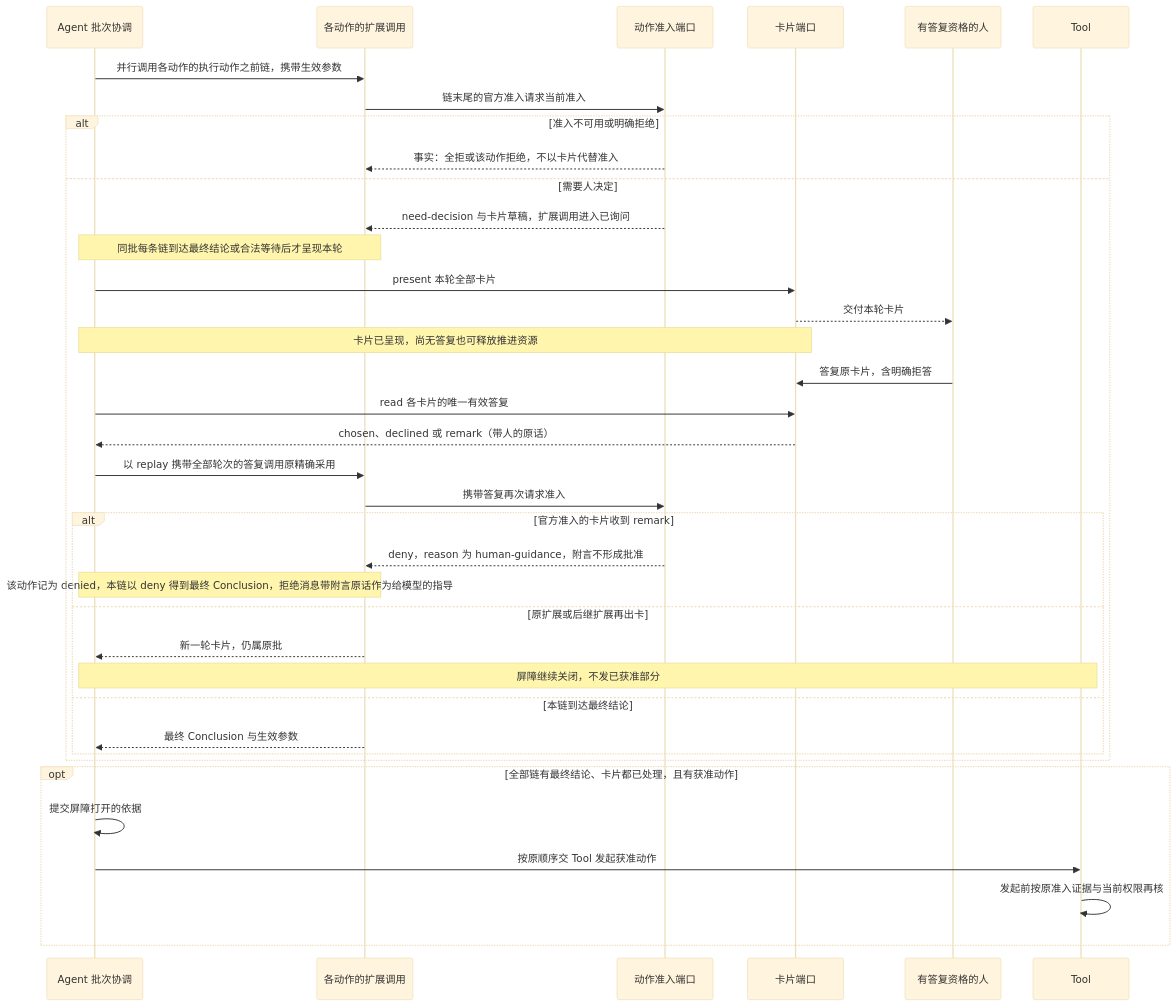
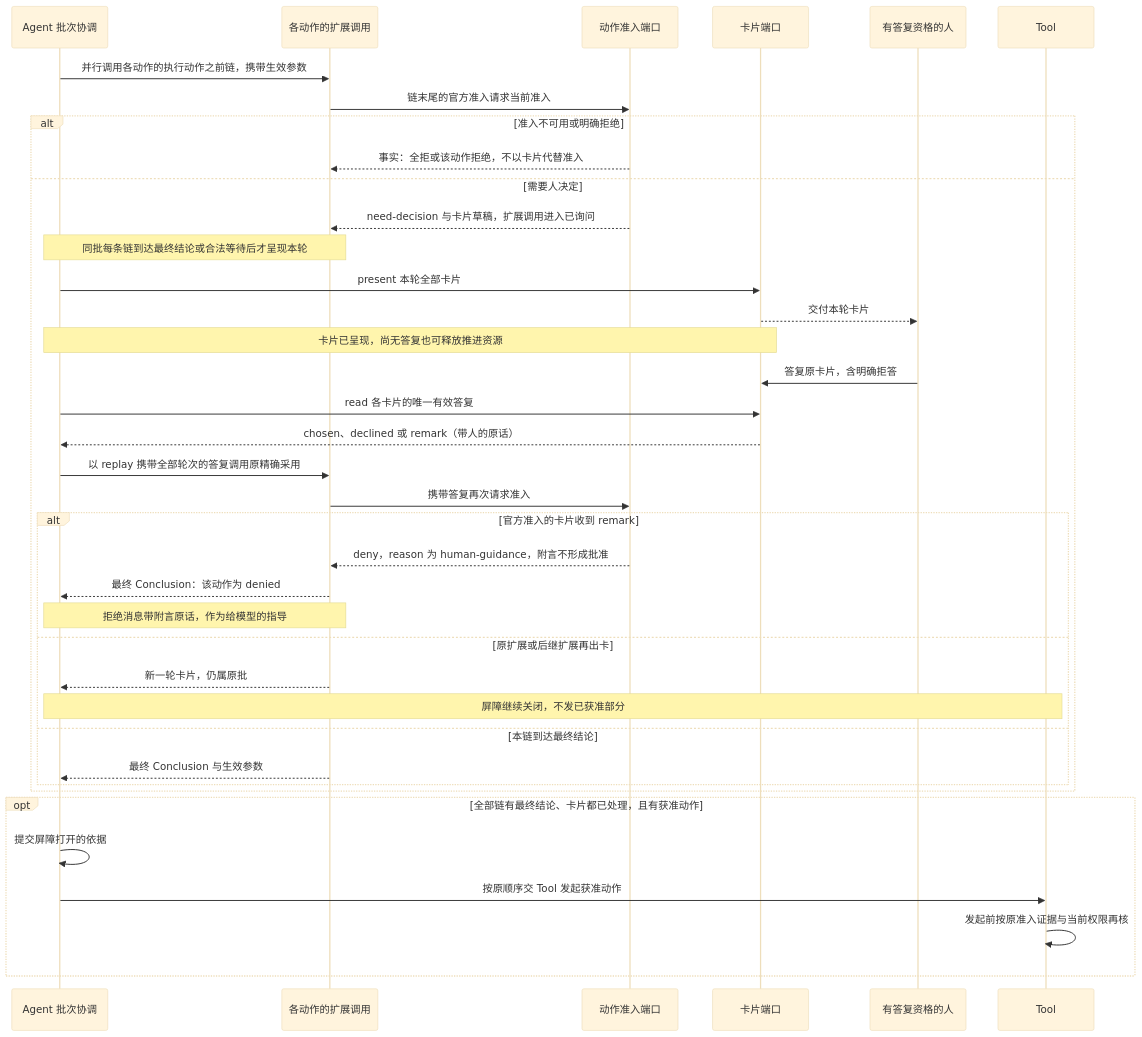
One commit to nemori-ai/omne-harness-lite changed the third of 8 diagrams in packages/agent/agent-contract/docs/flows/scenarios.md. Above: the diagram before and after it, drawn with Mermaid (base theme). The commit also changed 9 other files, not shown here.

````diff
--- a/packages/agent/agent-contract/docs/flows/scenarios.md
+++ b/packages/agent/agent-contract/docs/flows/scenarios.md
@@ -91,39 +91,40 @@
 ```mermaid
 sequenceDiagram
     participant A as Agent 批次协调
     participant E as 各动作的扩展调用
     participant Z as 动作准入端口
     participant H as 卡片端口
     participant U as 有答复资格的人
     participant T as Tool
     A->>E: 并行调用各动作的执行动作之前链，携带生效参数
     E->>Z: 链末尾的官方准入请求当前准入
     alt 准入不可用或明确拒绝
         Z-->>E: 事实：全拒或该动作拒绝，不以卡片代替准入
     else 需要人决定
         Z-->>E: need-decision 与卡片草稿，扩展调用进入已询问
         Note over A,E: 同批每条链到达最终结论或合法等待后才呈现本轮
         A->>H: present 本轮全部卡片
         H-->>U: 交付本轮卡片
         Note over A,H: 卡片已呈现，尚无答复也可释放推进资源
         U->>H: 答复原卡片，含明确拒答
         A->>H: read 各卡片的唯一有效答复
         H-->>A: chosen、declined 或 remark（带人的原话）
         A->>E: 以 replay 携带全部轮次的答复调用原精确采用
         E->>Z: 携带答复再次请求准入
         alt 官方准入的卡片收到 remark
             Z-->>E: deny，reason 为 human-guidance，附言不形成批准
-            Note over A,E: 该动作记为 denied，本链以 deny 得到最终 Conclusion，拒绝消息带附言原话作为给模型的指导
+            E-->>A: 最终 Conclusion：该动作为 denied
+            Note over A,E: 拒绝消息带附言原话，作为给模型的指导
         else 原扩展或后继扩展再出卡
             E-->>A: 新一轮卡片，仍属原批
             Note over A,T: 屏障继续关闭，不发已获准部分
         else 本链到达最终结论
             E-->>A: 最终 Conclusion 与生效参数
         end
     end
     opt 全部链有最终结论、卡片都已处理，且有获准动作
         A->>A: 提交屏障打开的依据
         A->>T: 按原顺序交 Tool 发起获准动作
         T->>T: 发起前按原准入证据与当前权限再核
     end
 ```
````
